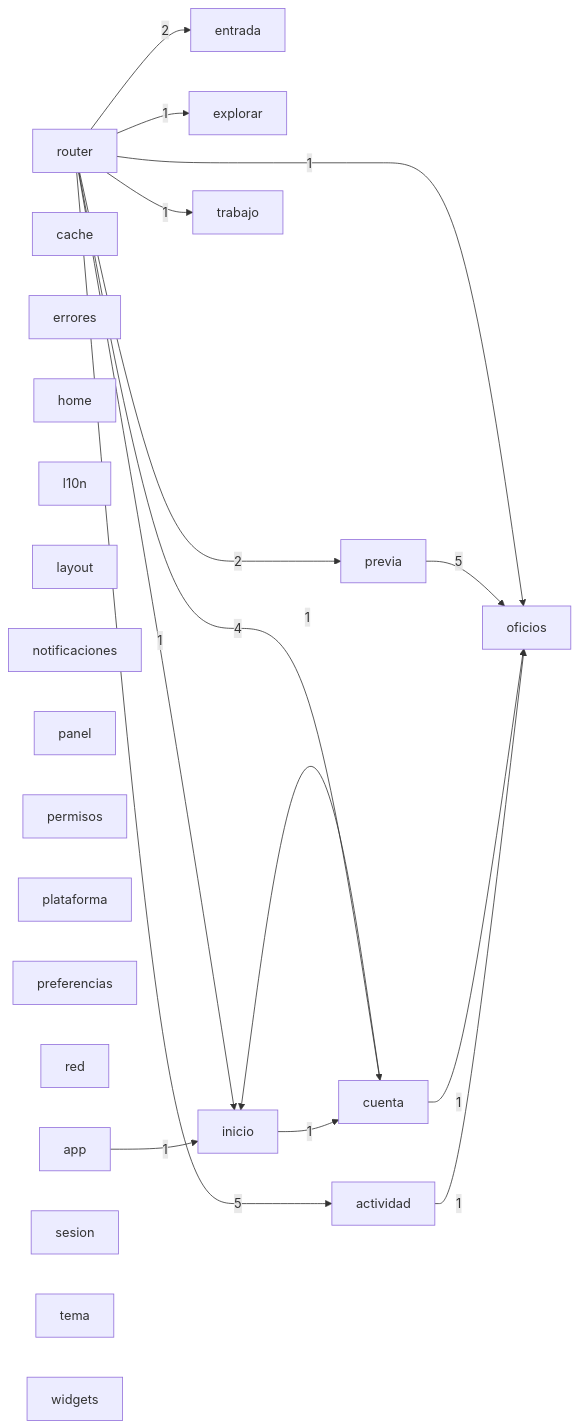
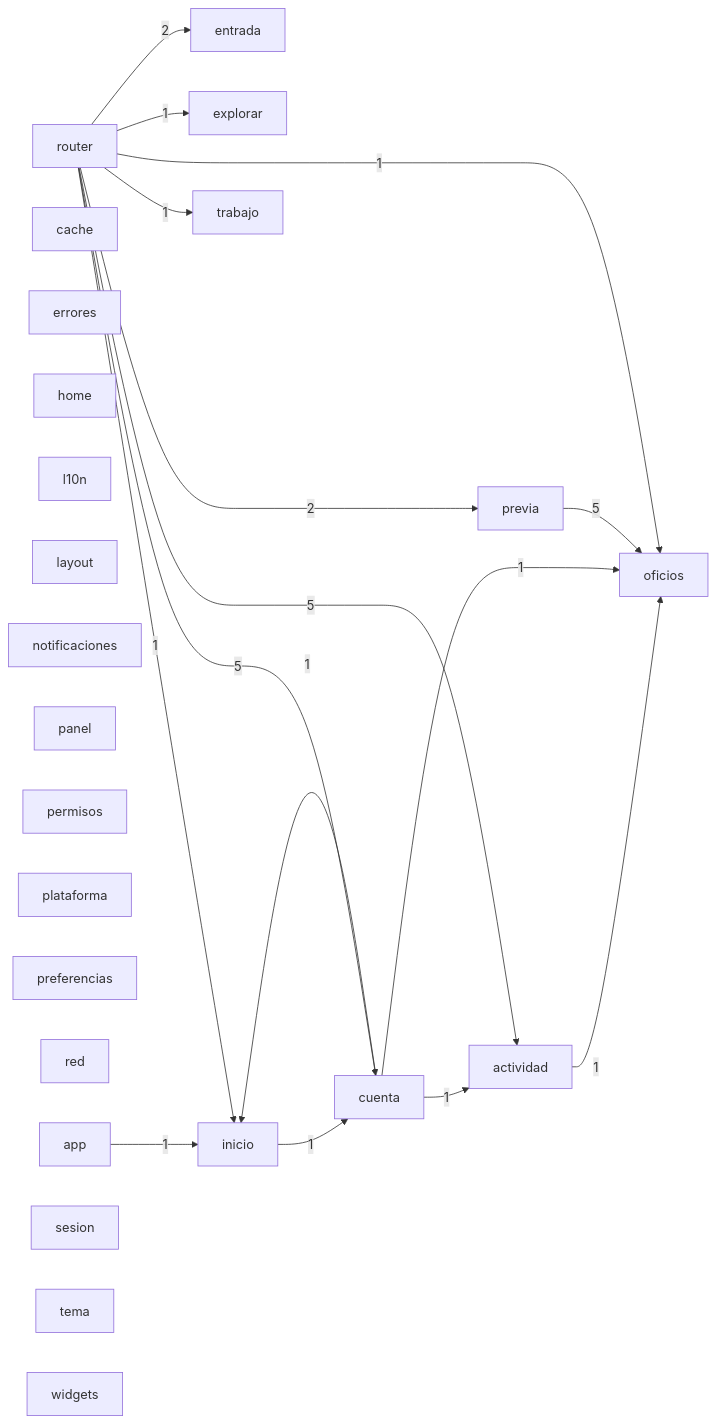
The diagram in docs/architecture/modules.mmd (Tensei-Devs/knock-frontend), drawn with Mermaid before and after one commit. The commit also changed 34 other files, not shown here.

```diff
--- a/docs/architecture/modules.mmd
+++ b/docs/architecture/modules.mmd
@@ -1,39 +1,40 @@
 graph LR
   actividad["actividad"]
   app["app"]
   cache["cache"]
   cuenta["cuenta"]
   entrada["entrada"]
   errores["errores"]
   explorar["explorar"]
   home["home"]
   inicio["inicio"]
   l10n["l10n"]
   layout["layout"]
   notificaciones["notificaciones"]
   oficios["oficios"]
   panel["panel"]
   permisos["permisos"]
   plataforma["plataforma"]
   preferencias["preferencias"]
   previa["previa"]
   red["red"]
   router["router"]
   sesion["sesion"]
   tema["tema"]
   trabajo["trabajo"]
   widgets["widgets"]
   actividad -->|1| oficios
   app -->|1| inicio
+  cuenta -->|1| actividad
   cuenta -->|1| inicio
   cuenta -->|1| oficios
   inicio -->|1| cuenta
   previa -->|5| oficios
   router -->|5| actividad
-  router -->|4| cuenta
+  router -->|5| cuenta
   router -->|2| entrada
   router -->|1| explorar
   router -->|1| inicio
   router -->|1| oficios
   router -->|2| previa
   router -->|1| trabajo
```
